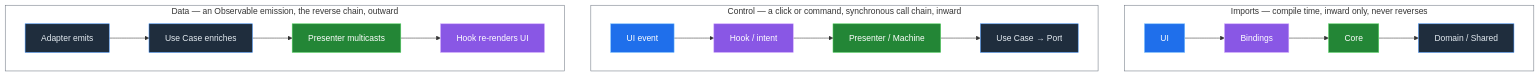
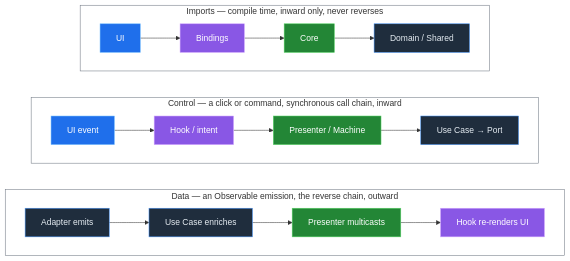
The first of 6 diagrams in docs/architecture/15-flows.md (bettersoftware-io/ReactiveTraderCloudClone), drawn with Mermaid before and after one commit. The commit also changed 1 other file, not shown here.

Commit message:
fix(docs): stack §15.1 lanes vertically; codify diagram-width rule in CLAUDE.md
Edge-less Mermaid subgraphs tile side-by-side, so the three §15.1 lanes
rendered as one unreadable ~3-lane-wide strip; invisible ~~~ links now
force vertical stacking (render verified 1071x488). CLAUDE.md gains a
'Markdown Diagrams' section: horizontal space is the scarce resource in
rendered markdown — compose tall, not wide.

Claude-Session: https://claude.ai/code/session_01CshpnTfteeanV5iUBcpPgk

````diff
--- a/docs/architecture/15-flows.md
+++ b/docs/architecture/15-flows.md
@@ -17,23 +17,28 @@
 ```mermaid
 flowchart TB
     subgraph imports["Imports — compile time, inward only, never reverses"]
         direction LR
         i1["UI"]:::ui --> i2["Bindings"]:::bridge --> i3["Core"]:::core --> i4["Domain / Shared"]:::domain
     end
     subgraph control["Control — a click or command, synchronous call chain, inward"]
         direction LR
         c1["UI event"]:::ui --> c2["Hook / intent"]:::bridge --> c3["Presenter / Machine"]:::core --> c4["Use Case → Port"]:::domain
     end
     subgraph data["Data — an Observable emission, the reverse chain, outward"]
         direction LR
         d1["Adapter emits"]:::domain --> d2["Use Case enriches"]:::domain --> d3["Presenter multicasts"]:::core --> d4["Hook re-renders UI"]:::bridge
     end
 
+    %% Edge-less subgraphs tile HORIZONTALLY; these invisible links force the
+    %% three lanes to stack vertically (GitHub scales diagrams to column width,
+    %% so width — not height — is the readability budget).
+    imports ~~~ control ~~~ data
+
     classDef ui     fill:#1f6feb,stroke:#79c0ff,color:#ffffff
     classDef bridge fill:#8957e5,stroke:#d2a8ff,color:#ffffff
     classDef core   fill:#238636,stroke:#56d364,color:#ffffff
     classDef domain fill:#1f2d3d,stroke:#4493f8,color:#e6edf3
     style imports fill:transparent,stroke:#6e7681
     style control fill:transparent,stroke:#6e7681
     style data fill:transparent,stroke:#6e7681
 ```
````
